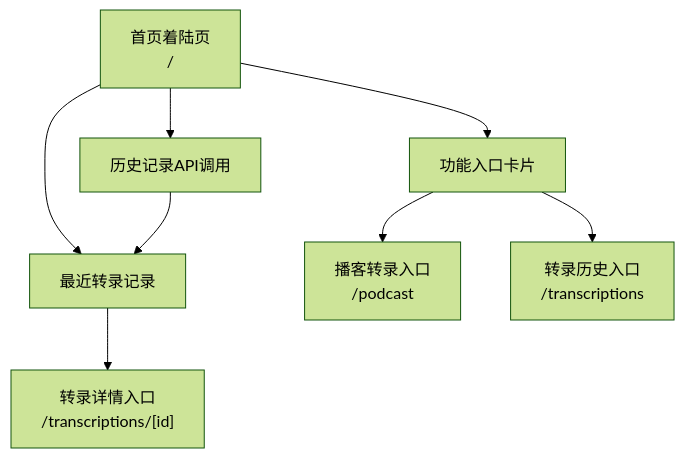
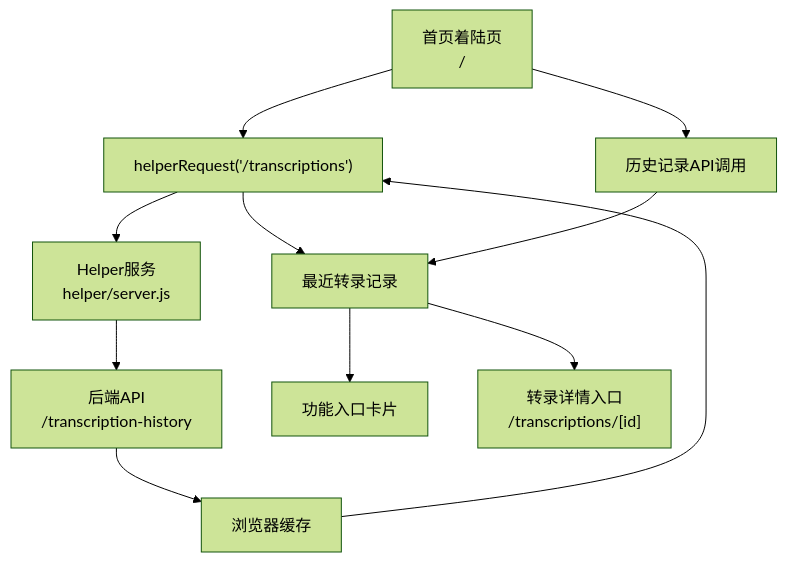
One commit to clawbotai/memo-flow changed the sixth of 25 diagrams in .qoder/repowiki/zh/content/核心功能模块/播客转录功能.md. Above: the diagram before and after it, drawn with Mermaid (forest theme). The commit also changed other lines of this file and 5 other files, not shown here.

````diff
--- a/.qoder/repowiki/zh/content/核心功能模块/播客转录功能.md
+++ b/.qoder/repowiki/zh/content/核心功能模块/播客转录功能.md
@@ -270,10 +375,13 @@
 ```mermaid
 flowchart TD
-Home["首页着陆页<br/>/"] --> Features["功能入口卡片"]
-Home --> Recent["最近转录记录"]
-Features --> Podcast["播客转录入口<br/>/podcast"]
-Features --> History["转录历史入口<br/>/transcriptions"]
+Home["首页着陆页<br/>/"] --> HelperRequest["helperRequest('/transcriptions')"]
+HelperRequest --> HelperService["Helper服务<br/>helper/server.js"]
+HelperService --> BackendAPI["后端API<br/>/transcription-history"]
+BackendAPI --> Cache["浏览器缓存"]
+Cache --> HelperRequest
+HelperRequest --> Recent["最近转录记录"]
+Recent --> Features["功能入口卡片"]
 Recent --> Detail["转录详情入口<br/>/transcriptions/[id]"]
 Home --> API["历史记录API调用"]
 API --> Recent
 ```
````
